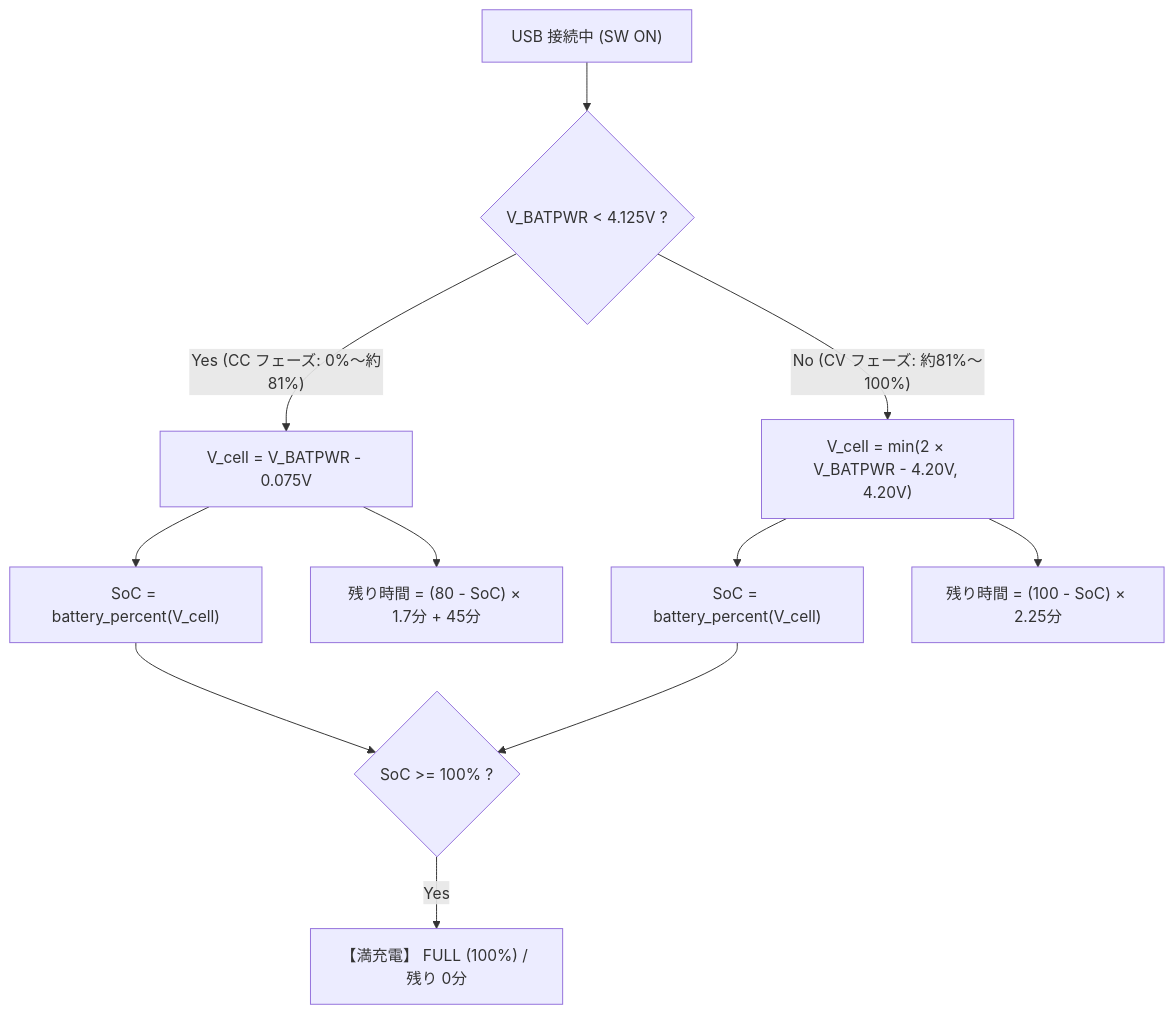
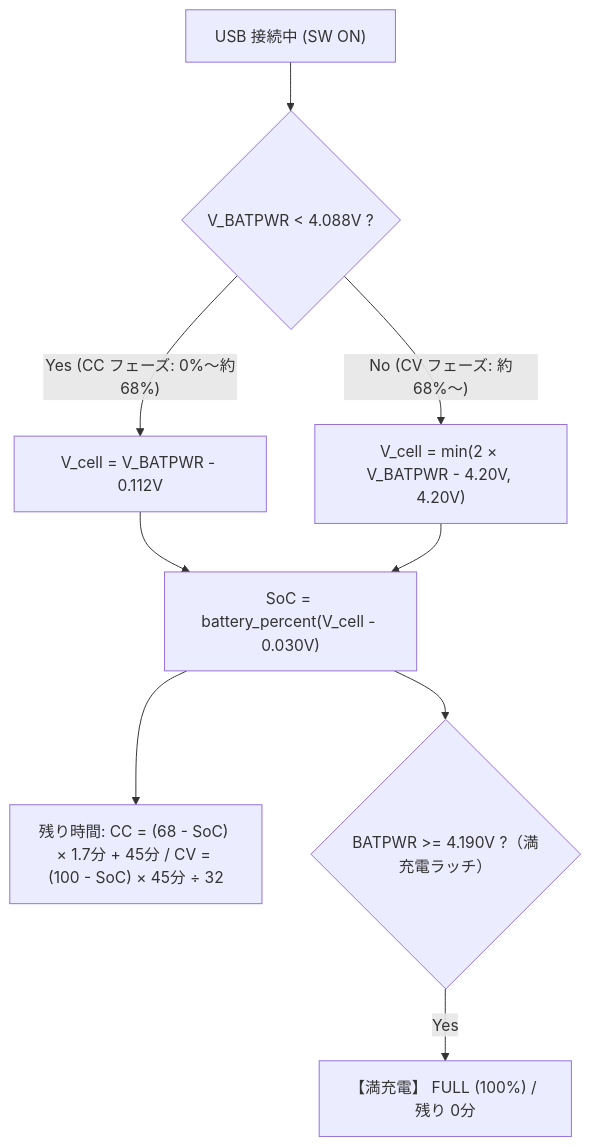
Before and after one commit to MasaoC/GPS-TFT-Map_PONS: the second of 2 diagrams in docs/pons_charge_estimation.md, drawn with Mermaid. The commit also changed other lines of this file and 47 other files, not shown here.

````diff
--- a/docs/pons_charge_estimation.md
+++ b/docs/pons_charge_estimation.md
@@ -104,15 +111,11 @@
 ```mermaid
 flowchart TD
-    A["USB 接続中 (SW ON)"] --> B{"V_BATPWR < 4.125V ?"}
-    B -->|"Yes (CC フェーズ: 0%〜約81%)"| C["V_cell = V_BATPWR - 0.075V"]
-    C --> C1["SoC = battery_percent(V_cell)"]
-    C --> C2["残り時間 = (80 - SoC) × 1.7分 + 45分"]
-    
-    B -->|"No (CV フェーズ: 約81%〜100%)"| D["V_cell = min(2 × V_BATPWR - 4.20V, 4.20V)"]
-    D --> D1["SoC = battery_percent(V_cell)"]
-    D --> D2["残り時間 = (100 - SoC) × 2.25分"]
-    
-    C1 --> E{"SoC >= 100% ?"}
-    D1 --> E
+    A["USB 接続中 (SW ON)"] --> B{"V_BATPWR < 4.088V ?"}
+    B -->|"Yes (CC フェーズ: 0%〜約68%)"| C["V_cell = V_BATPWR - 0.112V"]
+    B -->|"No (CV フェーズ: 約68%〜)"| D["V_cell = min(2 × V_BATPWR - 4.20V, 4.20V)"]
+    C --> P["SoC = battery_percent(V_cell - 0.030V)"]
+    D --> P
+    P --> R["残り時間: CC = (68 - SoC) × 1.7分 + 45分 / CV = (100 - SoC) × 45分 ÷ 32"]
+    P --> E{"BATPWR >= 4.190V ?（満充電ラッチ）"}
     E -->|"Yes"| F["【満充電】 FULL (100%) / 残り 0分"]
 ```
````
